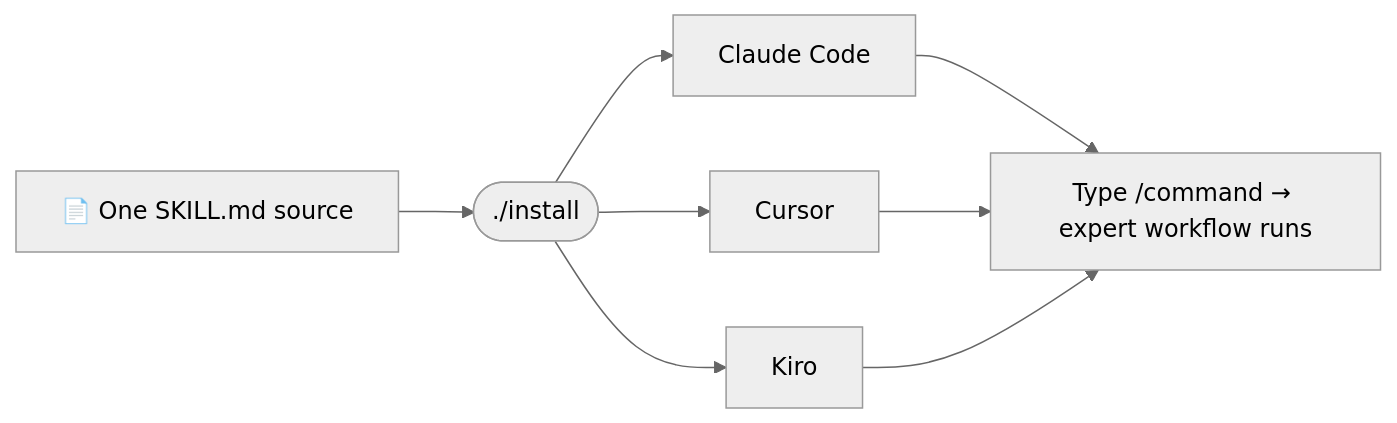
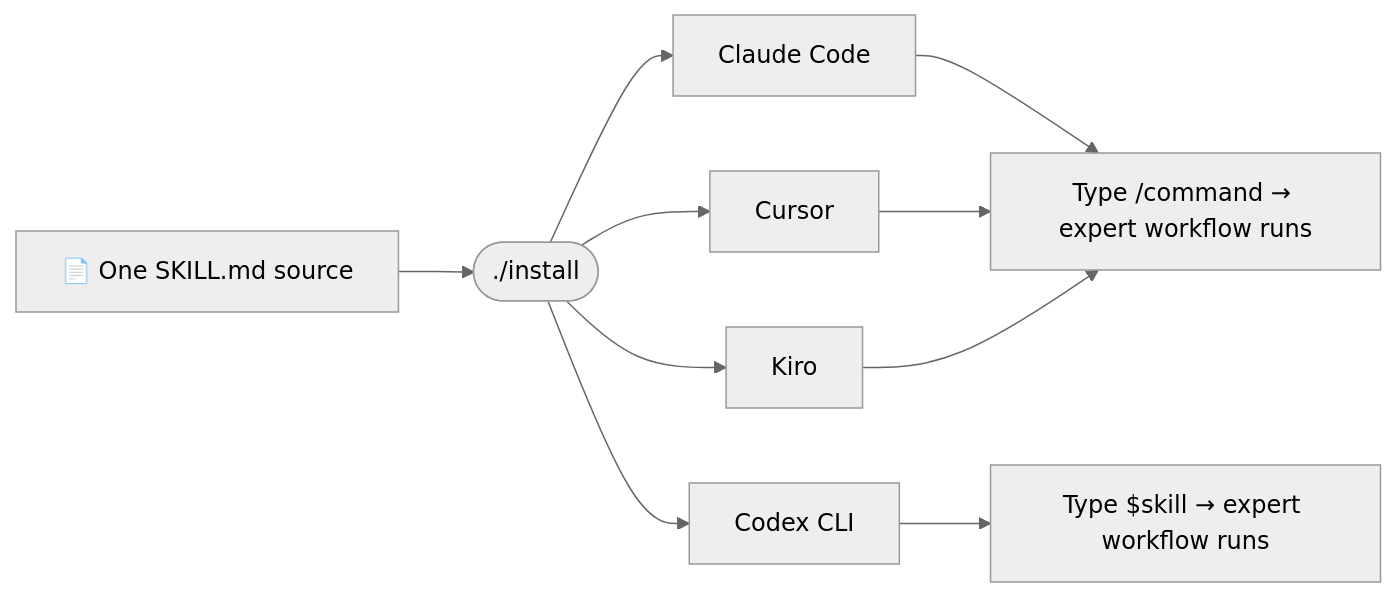
Before and after one commit to timurgaleev/vibestack: the diagram in README.md, drawn with Mermaid (neutral theme). The commit also changed other lines of this file and 11 other files, not shown here.

````diff
--- a/README.md
+++ b/README.md
@@ -77,10 +79,12 @@
 ```mermaid
 flowchart LR
   S["📄 One SKILL.md source"] --> I(["./install"])
   I --> A["Claude Code"]
   I --> B["Cursor"]
   I --> C["Kiro"]
+  I --> D["Codex CLI"]
   A --> U["Type /command → expert workflow runs"]
   B --> U
   C --> U
+  D --> V["Type $skill → expert workflow runs"]
 ```
````
